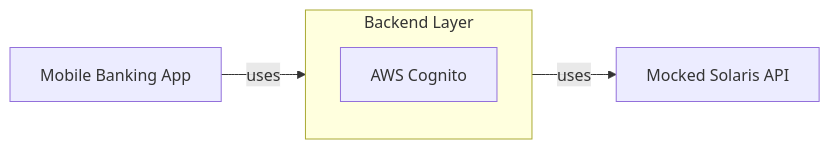
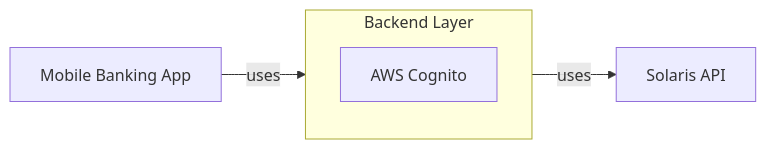
The diagram in README.md (ivoryio/Ivory), drawn with Mermaid before and after one commit. The commit also changed other lines of this file, not shown here.

````diff
--- a/README.md
+++ b/README.md
@@ -11,9 +11,9 @@
 ```mermaid
 graph LR
     subgraph BFF[Backend Layer]
       COG[AWS Cognito]
     end
 
     MBA[Mobile Banking App] --> |uses|BFF
-    BFF --> |uses|MS[Mocked Solaris API]
+    BFF --> |uses|MS[Solaris API]
 ```
````
